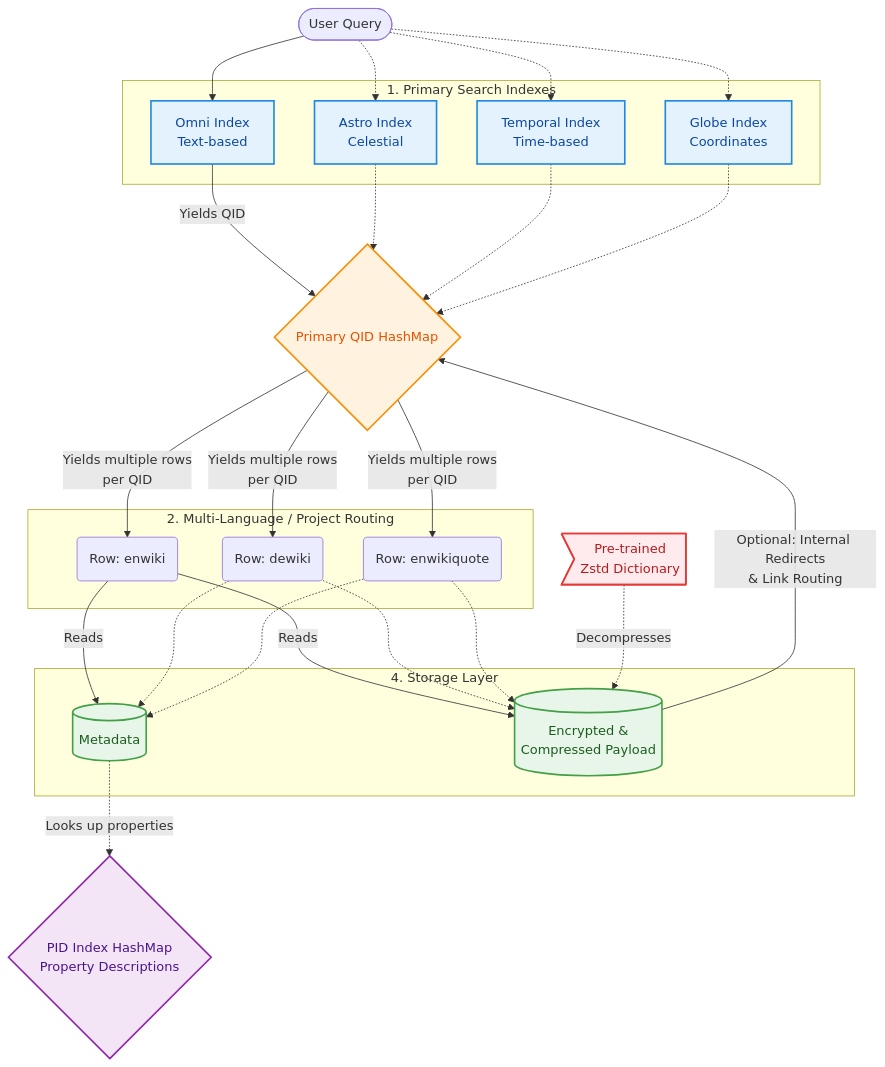
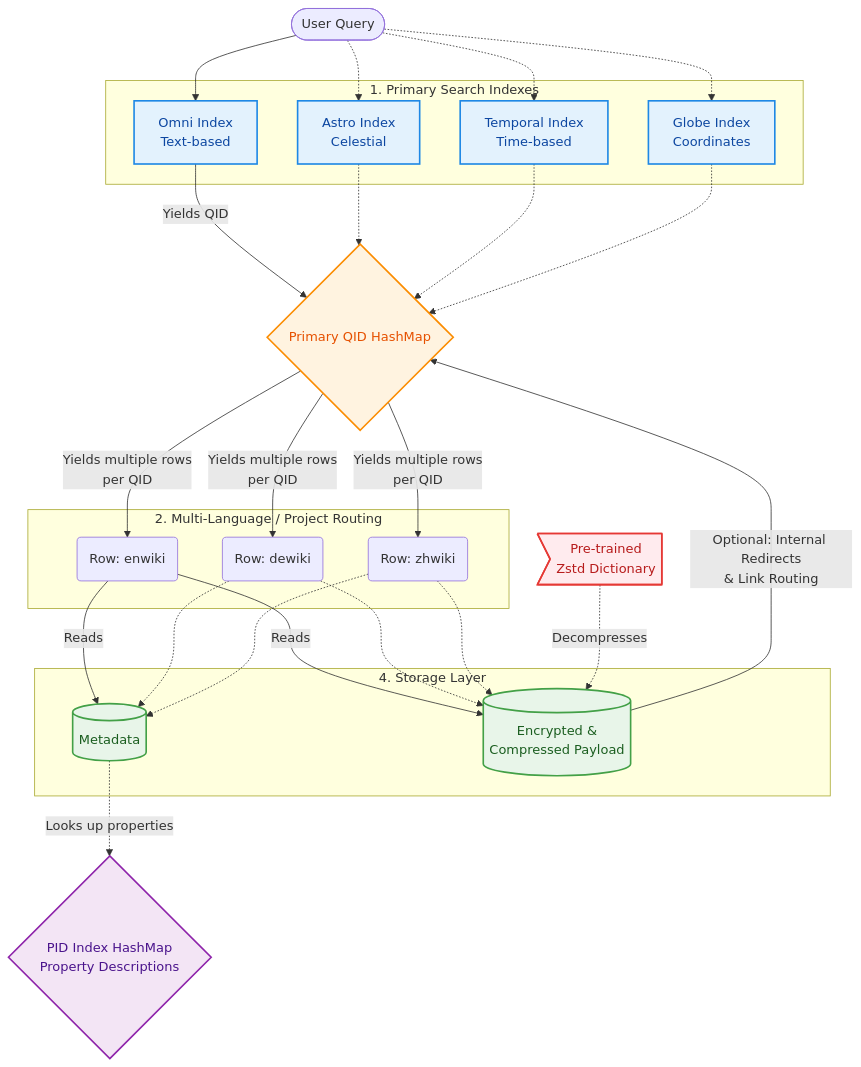
One commit to jmueller209/WIKI_PDA changed the diagram in README.md. Above: the diagram before and after it, drawn with Mermaid.

````diff
--- a/README.md
+++ b/README.md
@@ -16,56 +16,56 @@
 ```mermaid
 flowchart TD
     %% Color Palette Definition
     classDef search fill:#e3f2fd,stroke:#1e88e5,stroke-width:2px,color:#0d47a1
     classDef memory fill:#fff3e0,stroke:#fb8c00,stroke-width:2px,color:#e65100
     classDef storage fill:#e8f5e9,stroke:#43a047,stroke-width:2px,color:#1b5e20
     classDef meta fill:#f3e5f5,stroke:#8e24aa,stroke-width:2px,color:#4a148c
     classDef tool fill:#ffebee,stroke:#e53935,stroke-width:2px,color:#b71c1c
 
     User([User Query])
 
     subgraph Phase1 [1. Primary Search Indexes]
         OS[Omni Index<br>Text-based]:::search
         AS[Astro Index<br>Celestial]:::search
         TS[Temporal Index<br>Time-based]:::search
         CS[Globe Index<br>Coordinates]:::search
     end
 
     User --> OS
     User -.-> AS
     User -.-> TS
     User -.-> CS
 
     HM{Primary QID HashMap}:::memory
     
     OS -- Yields QID --> HM
     AS -.-> HM
     TS -.-> HM
     CS -.-> HM
 
     subgraph Phase2 [2. Multi-Language / Project Routing]
         R1(Row: enwiki)
         R2(Row: dewiki)
-        R3(Row: enwikiquote)
+        R3(Row: zhwiki)
     end
 
     HM -- Yields multiple rows<br>per QID --> R1 & R2 & R3
 
     subgraph Phase3 [4. Storage Layer]
         MD[(Metadata)]:::storage
         DAT[(Encrypted &<br>Compressed Payload)]:::storage
     end
 
     R1 -->|Reads| MD
     R1 -->|Reads| DAT
     R2 -.-> MD & DAT
     R3 -.-> MD & DAT
 
     PID{PID Index HashMap<br>Property Descriptions}:::meta
     MD -. Looks up properties .-> PID
 
     DAT -- Optional: Internal Redirects<br>& Link Routing --> HM
 
     ZDICT>Pre-trained<br>Zstd Dictionary]:::tool
     ZDICT -.->|Decompresses| DAT
 ```
````
